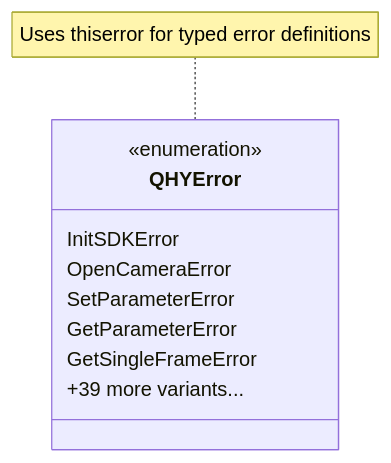
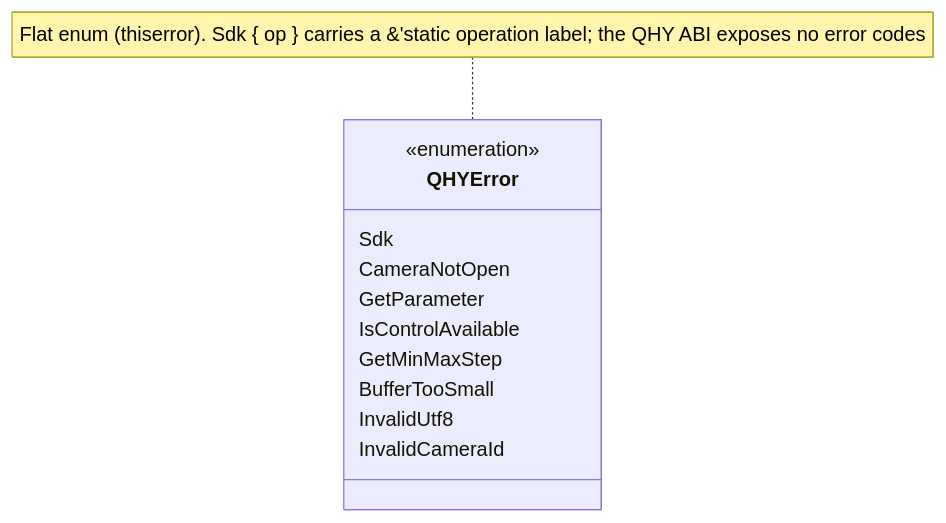
The tenth of 19 diagrams in crates/qhyccd-rs/docs/qhyccd-rs.md (ivonnyssen/rusty-photon), drawn with Mermaid before and after one commit. The commit also changed other lines of this file and 44 other files, not shown here.

````diff
--- a/crates/qhyccd-rs/docs/qhyccd-rs.md
+++ b/crates/qhyccd-rs/docs/qhyccd-rs.md
@@ -443,14 +456,16 @@
 ```mermaid
 classDiagram
     class QHYError {
         <<enumeration>>
-        InitSDKError
-        OpenCameraError
-        SetParameterError
-        GetParameterError
-        GetSingleFrameError
-        +39 more variants...
+        Sdk
+        CameraNotOpen
+        GetParameter
+        IsControlAvailable
+        GetMinMaxStep
+        BufferTooSmall
+        InvalidUtf8
+        InvalidCameraId
     }
 
-    note for QHYError "Uses thiserror for typed error definitions"
+    note for QHYError "Flat enum (thiserror). Sdk { op } carries a &'static operation label; the QHY ABI exposes no error codes"
 ```
````
